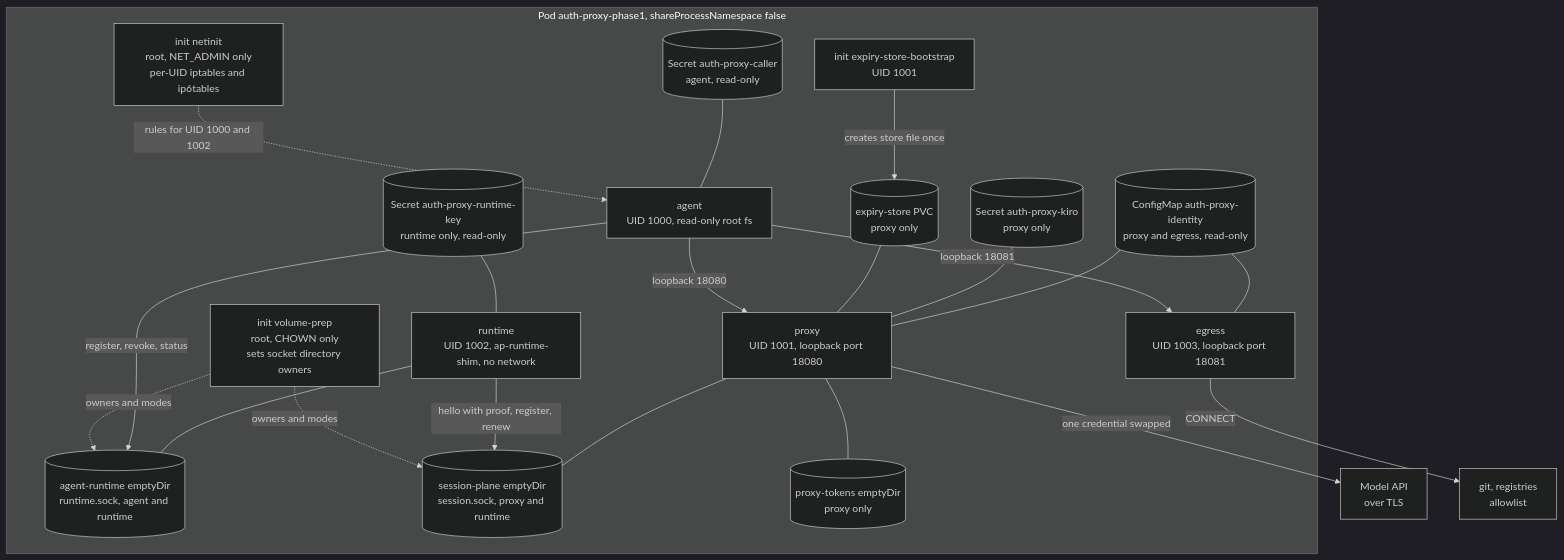
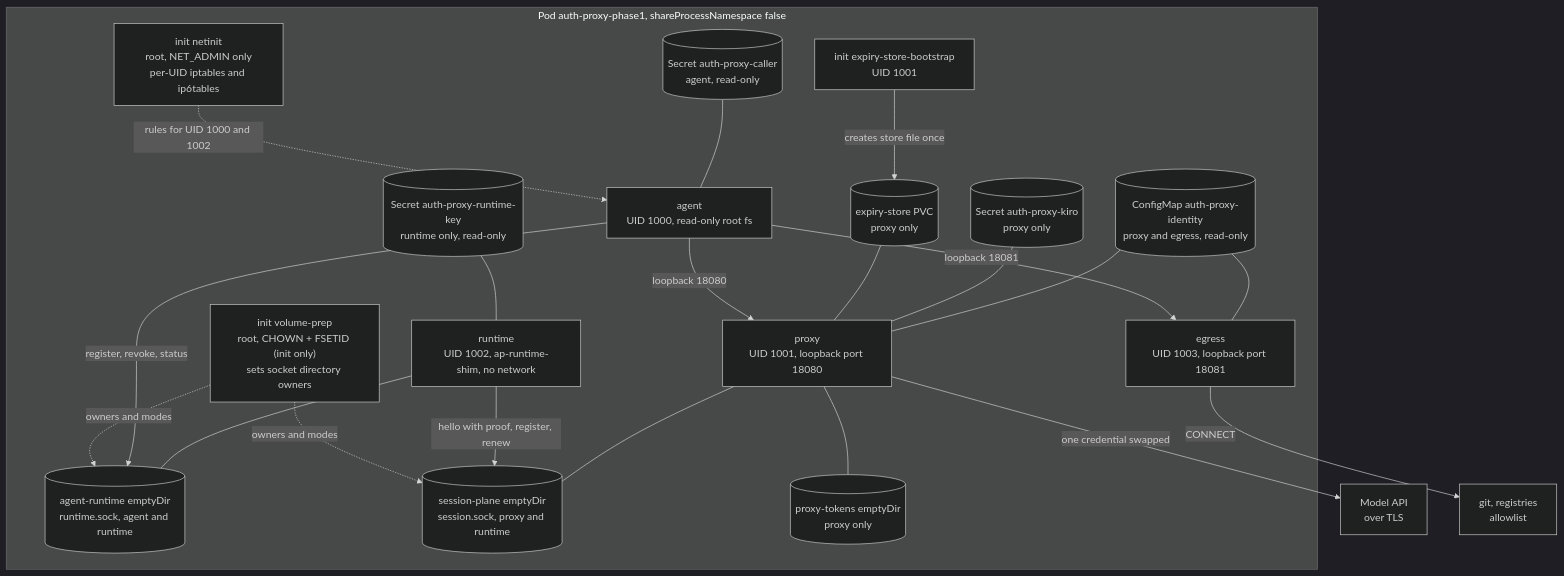
One commit to openabdev/auth-proxy changed the second of 2 diagrams in README.md. Above: the diagram before and after it, drawn with Mermaid (dark theme). The commit also changed 4 other files, not shown here.

First line of the commit message:
fix(k8s): give volume-prep FSETID and run chmod before chown

````diff
--- a/README.md
+++ b/README.md
@@ -86,42 +86,42 @@
 ```mermaid
 flowchart TB
     subgraph pod["Pod auth-proxy-phase1, shareProcessNamespace false"]
-        volprep["init volume-prep<br/>root, CHOWN only<br/>sets socket directory owners"]
+        volprep["init volume-prep<br/>root, CHOWN + FSETID (init only)<br/>sets socket directory owners"]
         netinit["init netinit<br/>root, NET_ADMIN only<br/>per-UID iptables and ip6tables"]
         bootstrap["init expiry-store-bootstrap<br/>UID 1001"]
         agent["agent<br/>UID 1000, read-only root fs"]
         runtime["runtime<br/>UID 1002, ap-runtime-shim, no network"]
         proxy["proxy<br/>UID 1001, loopback port 18080"]
         egress["egress<br/>UID 1003, loopback port 18081"]
         agentrt[("agent-runtime emptyDir<br/>runtime.sock, agent and runtime")]
         session[("session-plane emptyDir<br/>session.sock, proxy and runtime")]
         proof[("Secret auth-proxy-runtime-key<br/>runtime only, read-only")]
         tokens[("proxy-tokens emptyDir<br/>proxy only")]
         store[("expiry-store PVC<br/>proxy only")]
         kiro[("Secret auth-proxy-kiro<br/>proxy only")]
         callerkey[("Secret auth-proxy-caller<br/>agent, read-only")]
         cfg[("ConfigMap auth-proxy-identity<br/>proxy and egress, read-only")]
     end
     model["Model API<br/>over TLS"]
     git["git, registries<br/>allowlist"]
 
     volprep -. "owners and modes" .-> agentrt
     volprep -. "owners and modes" .-> session
     netinit -. "rules for UID 1000 and 1002" .-> agent
     bootstrap -- "creates store file once" --> store
     agent -- "loopback 18080" --> proxy
     agent -- "loopback 18081" --> egress
     agent -- "register, revoke, status" --> agentrt
     runtime --- agentrt
     runtime -- "hello with proof, register, renew" --> session
     proof --- runtime
     proxy --- session
     proxy --- tokens
     store --- proxy
     kiro --- proxy
     callerkey --- agent
     cfg --- proxy
     cfg --- egress
     proxy -- "one credential swapped" --> model
     egress -- "CONNECT" --> git
 ```
````
